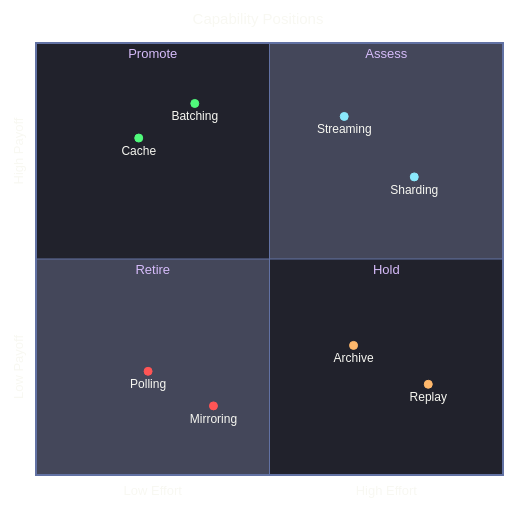
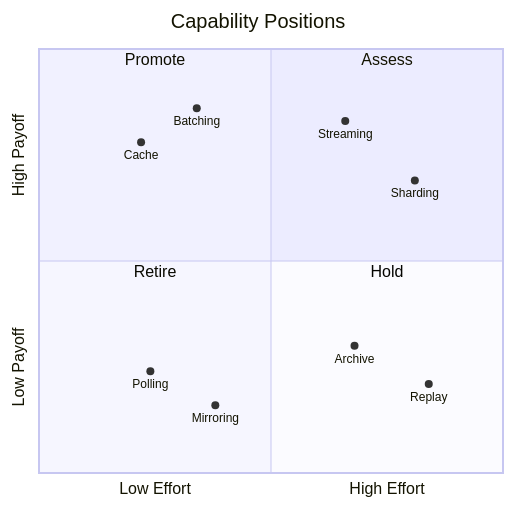
Before and after one commit to bsamiee/Rasm: the sixth of 25 diagrams in .claude/skills/mermaid-diagramming/references/syntax-extended.md, drawn with Mermaid. The commit also changed other lines of this file and 28 other files, not shown here.

Commit message:
skills(docgen+mermaid): payload-only diagram law — docgen gate/fixer strips fence styling; mermaid bundle sheds the styling canon, theming survives as one opt-in reference

````diff
--- a/.claude/skills/mermaid-diagramming/references/syntax-extended.md
+++ b/.claude/skills/mermaid-diagramming/references/syntax-extended.md
@@ -321,58 +189,26 @@
 ```mermaid
 ---
 config:
-  theme: base
-  look: classic
   quadrantChart:
     pointRadius: 4
     pointTextPadding: 8
-    pointLabelFontSize: 12
-    quadrantLabelFontSize: 13
-    xAxisLabelFontSize: 13
-    yAxisLabelFontSize: 13
-    titleFontSize: 15
-  themeVariables:
-    darkMode: true
-    fontFamily: "SF Mono, Menlo, Cascadia Mono, Segoe UI Mono, Consolas, monospace"
-    useGradient: false
-    dropShadow: "none"
-    quadrant1Fill: "#44475A"
-    quadrant2Fill: "#21222C"
-    quadrant3Fill: "#44475A"
-    quadrant4Fill: "#21222C"
-    quadrant1TextFill: "#D6BCFA"
-    quadrant2TextFill: "#D6BCFA"
-    quadrant3TextFill: "#D6BCFA"
-    quadrant4TextFill: "#D6BCFA"
-    quadrantPointFill: "#BD93F9"
-    quadrantPointTextFill: "#F8F8F2"
-    quadrantXAxisTextFill: "#F8F8F2"
-    quadrantYAxisTextFill: "#F8F8F2"
-    quadrantTitleFill: "#F8F8F2"
-    quadrantInternalBorderStrokeFill: "#6272A4"
-    quadrantExternalBorderStrokeFill: "#6272A4"
-  themeCSS: ".data-point circle{fill-opacity:.75}"
 ---
 quadrantChart
   accTitle: Capability position map
   accDescr: Eight capabilities placed by adoption effort against payoff across promote, assess, retire, and hold quadrants.
   title Capability Positions
   x-axis Low Effort --> High Effort
   y-axis Low Payoff --> High Payoff
   quadrant-1 Assess
   quadrant-2 Promote
   quadrant-3 Retire
   quadrant-4 Hold
-  Cache:::success: [0.22, 0.78]
-  Batching:::success: [0.34, 0.86]
-  Streaming:::external: [0.66, 0.83]
-  Sharding:::external: [0.81, 0.69]
-  Polling:::error: [0.24, 0.24]
-  Mirroring:::error: [0.38, 0.16]
-  Archive:::data: [0.68, 0.30]
-  Replay:::data: [0.84, 0.21]
-  classDef success color: #50FA7B, radius: 4, stroke-color: #50FA7B, stroke-width: 1px
-  classDef external color: #8BE9FD, radius: 4, stroke-color: #8BE9FD, stroke-width: 1px
-  classDef error color: #FF5555, radius: 4, stroke-color: #FF5555, stroke-width: 1px
-  classDef data color: #FFB86C, radius: 4, stroke-color: #FFB86C, stroke-width: 1px
+  Cache: [0.22, 0.78]
+  Batching: [0.34, 0.86]
+  Streaming: [0.66, 0.83]
+  Sharding: [0.81, 0.69]
+  Polling: [0.24, 0.24]
+  Mirroring: [0.38, 0.16]
+  Archive: [0.68, 0.30]
+  Replay: [0.84, 0.21]
 ```
````
